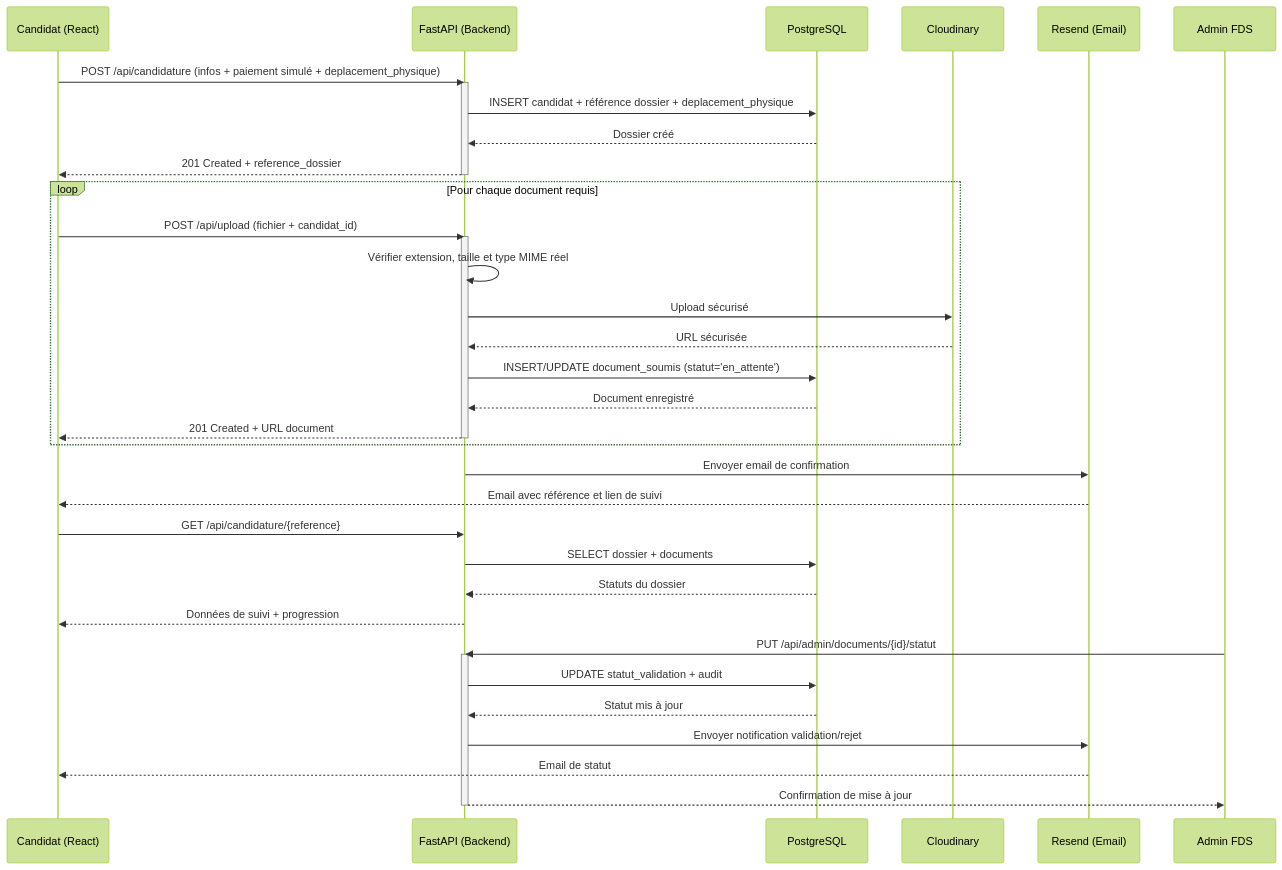
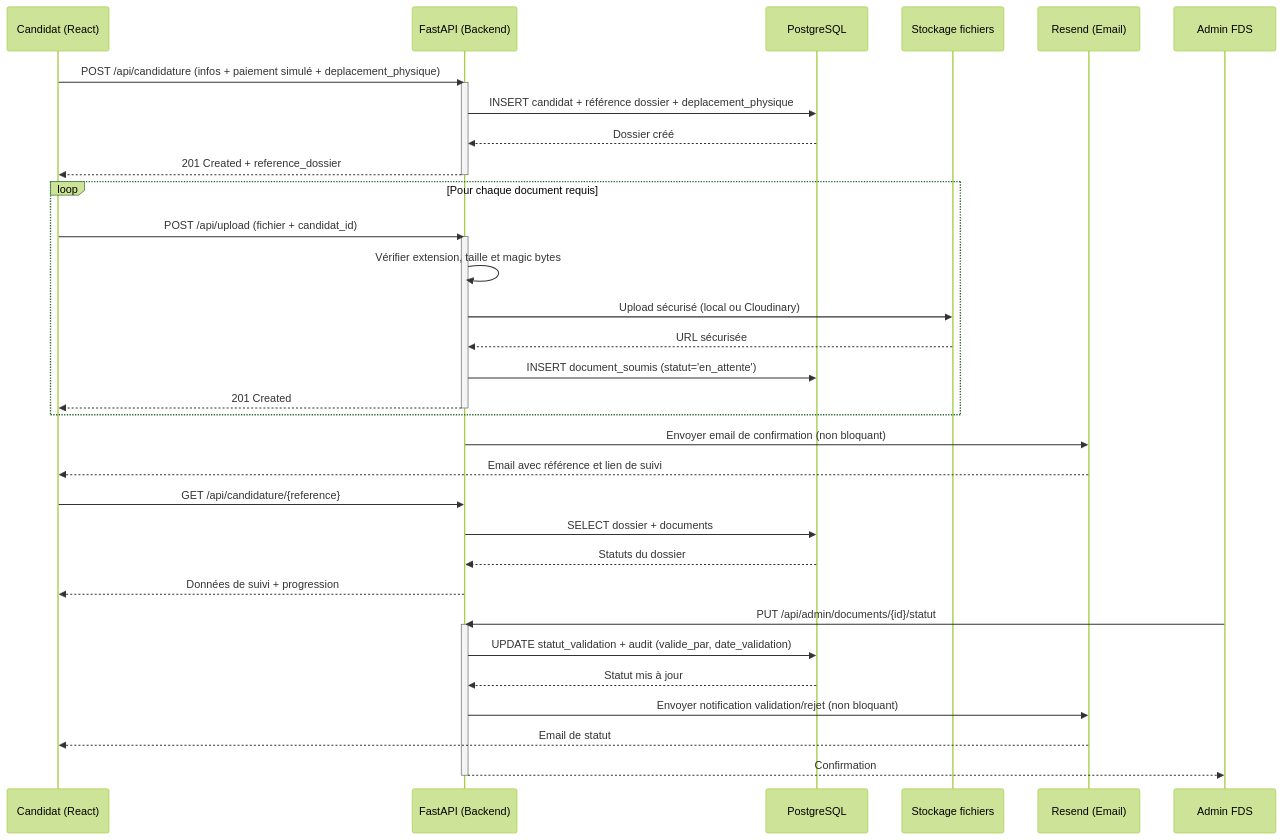
The second of 4 diagrams in cahier_des_charges.md (Paro-fds/bravetech), drawn with Mermaid (forest theme) before and after one commit. The commit also changed other lines of this file and 11 other files, not shown here.

````diff
--- a/cahier_des_charges.md
+++ b/cahier_des_charges.md
@@ -367,45 +188,44 @@
 ```mermaid
 sequenceDiagram
     participant C as Candidat (React)
     participant API as FastAPI (Backend)
     participant DB as PostgreSQL
-    participant Cloud as Cloudinary
+    participant Store as Stockage fichiers
     participant Mail as Resend (Email)
     participant A as Admin FDS
 
     C->>API: POST /api/candidature (infos + paiement simulé + deplacement_physique)
     activate API
     API->>DB: INSERT candidat + référence dossier + deplacement_physique
     DB-->>API: Dossier créé
     API-->>C: 201 Created + reference_dossier
     deactivate API
 
     loop Pour chaque document requis
         C->>API: POST /api/upload (fichier + candidat_id)
         activate API
-        API->>API: Vérifier extension, taille et type MIME réel
-        API->>Cloud: Upload sécurisé
-        Cloud-->>API: URL sécurisée
-        API->>DB: INSERT/UPDATE document_soumis (statut='en_attente')
-        DB-->>API: Document enregistré
-        API-->>C: 201 Created + URL document
+        API->>API: Vérifier extension, taille et magic bytes
+        API->>Store: Upload sécurisé (local ou Cloudinary)
+        Store-->>API: URL sécurisée
+        API->>DB: INSERT document_soumis (statut='en_attente')
+        API-->>C: 201 Created
         deactivate API
     end
 
-    API->>Mail: Envoyer email de confirmation
+    API->>Mail: Envoyer email de confirmation (non bloquant)
     Mail-->>C: Email avec référence et lien de suivi
 
     C->>API: GET /api/candidature/{reference}
     API->>DB: SELECT dossier + documents
     DB-->>API: Statuts du dossier
     API-->>C: Données de suivi + progression
 
     A->>API: PUT /api/admin/documents/{id}/statut
     activate API
-    API->>DB: UPDATE statut_validation + audit
+    API->>DB: UPDATE statut_validation + audit (valide_par, date_validation)
     DB-->>API: Statut mis à jour
-    API->>Mail: Envoyer notification validation/rejet
+    API->>Mail: Envoyer notification validation/rejet (non bloquant)
     Mail-->>C: Email de statut
-    API-->>A: Confirmation de mise à jour
+    API-->>A: Confirmation
     deactivate API
 ```
````
